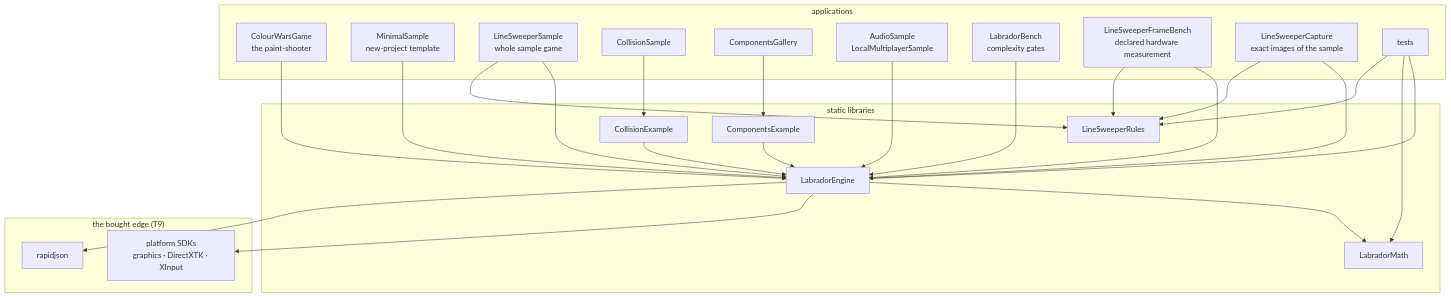
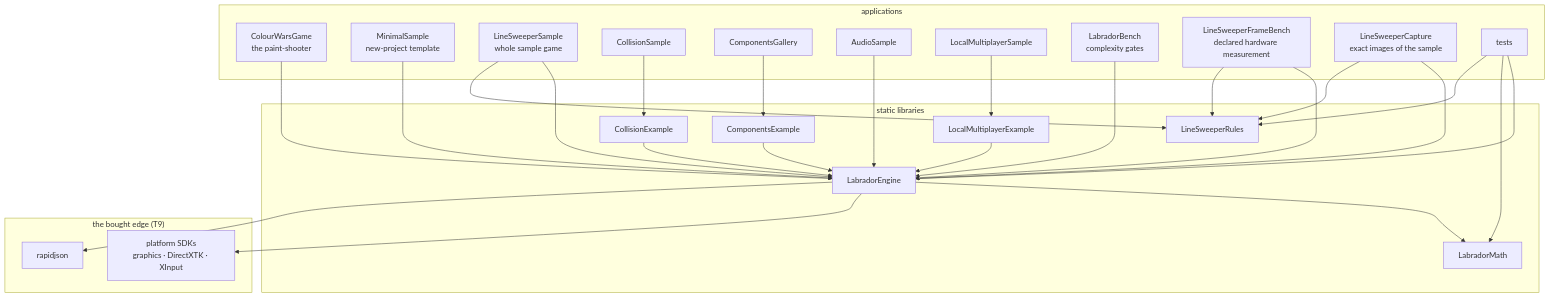
One commit to matt439/Labrador changed the first of 2 diagrams in docs/design/ARCHITECTURE.md. Above: the diagram before and after it, drawn with Mermaid. The commit also changed 53 other files, not shown here.

````diff
--- a/docs/design/ARCHITECTURE.md
+++ b/docs/design/ARCHITECTURE.md
@@ -44,46 +44,50 @@
 ```mermaid
 flowchart TD
     subgraph apps["applications"]
         game["ColourWarsGame<br/>the paint-shooter"]
         sample["MinimalSample<br/>new-project template"]
         linesweeper["LineSweeperSample<br/>whole sample game"]
         collision_sample["CollisionSample"]
         gallery["ComponentsGallery"]
-        guides["AudioSample<br/>LocalMultiplayerSample"]
+        audio_sample["AudioSample"]
+        multiplayer_sample["LocalMultiplayerSample"]
         throughput["LabradorBench<br/>complexity gates"]
         frame["LineSweeperFrameBench<br/>declared hardware measurement"]
         capture["LineSweeperCapture<br/>exact images of the sample"]
         tests["tests"]
     end
     subgraph libs["static libraries"]
         engine["LabradorEngine"]
         math["LabradorMath"]
         rules["LineSweeperRules"]
         collision_example["CollisionExample"]
+        multiplayer_example["LocalMultiplayerExample"]
         components["ComponentsExample"]
     end
     subgraph edge["the bought edge (T9)"]
         sdks["platform SDKs<br/>graphics · DirectXTK · XInput"]
         rapidjson["rapidjson"]
     end
     game --> engine
     sample --> engine
     linesweeper --> engine
     linesweeper --> rules
     collision_sample --> collision_example
     collision_example --> engine
     gallery --> components
     components --> engine
-    guides --> engine
+    audio_sample --> engine
+    multiplayer_sample --> multiplayer_example
+    multiplayer_example --> engine
     throughput --> engine
     frame --> engine
     frame --> rules
     capture --> engine
     capture --> rules
     tests --> engine
     tests --> math
     tests --> rules
     engine --> math
     engine --> sdks
     engine --> rapidjson
 ```
````
